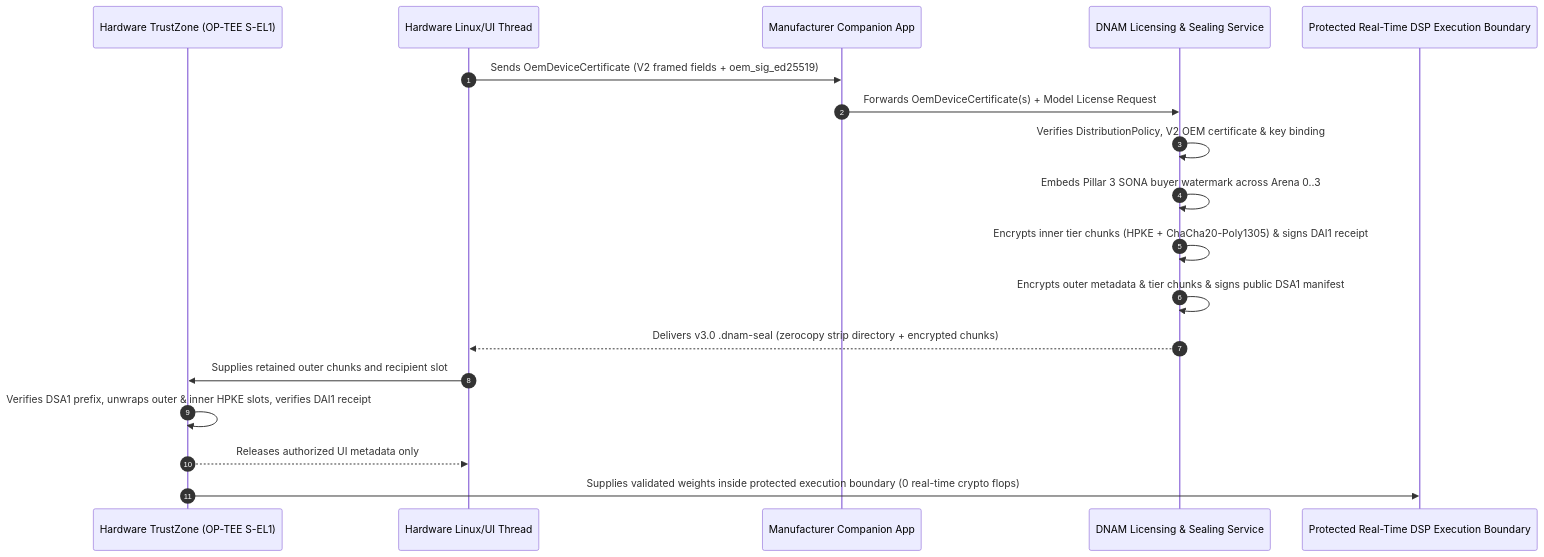
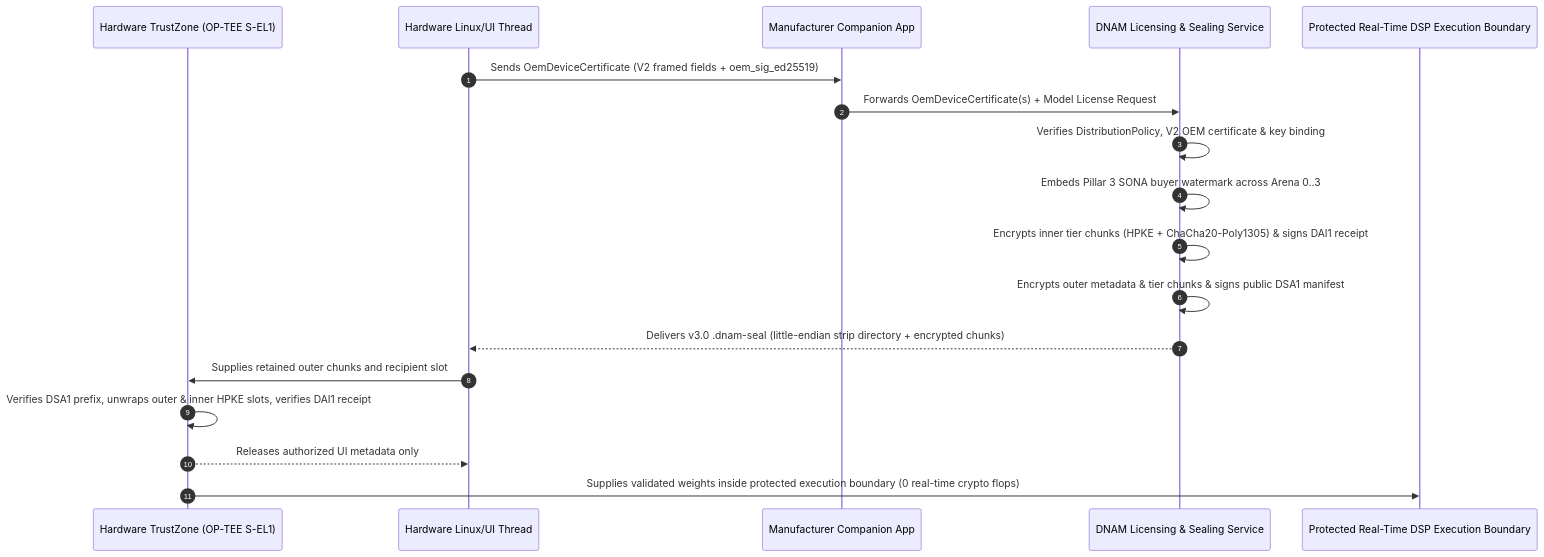
Before and after one commit to mokugen/dnam: the second of 2 diagrams in docs/specs/security/provenance_and_enclave_drm.md, drawn with Mermaid. The commit also changed other lines of this file and 198 other files, not shown here.

````diff
--- a/docs/specs/security/provenance_and_enclave_drm.md
+++ b/docs/specs/security/provenance_and_enclave_drm.md
@@ -248,21 +313,21 @@
 ```mermaid
 sequenceDiagram
     autonumber
     participant TZ as Hardware TrustZone (OP-TEE S-EL1)
     participant Host as Hardware Linux/UI Thread
     participant App as Manufacturer Companion App
     participant DNAM as DNAM Licensing & Sealing Service
     participant DSP as Protected Real-Time DSP Execution Boundary
 
     Host->>App: Sends OemDeviceCertificate (V2 framed fields + oem_sig_ed25519)
     App->>DNAM: Forwards OemDeviceCertificate(s) + Model License Request
     DNAM->>DNAM: Verifies DistributionPolicy, V2 OEM certificate & key binding
     DNAM->>DNAM: Embeds Pillar 3 SONA buyer watermark across Arena 0..3
     DNAM->>DNAM: Encrypts inner tier chunks (HPKE + ChaCha20-Poly1305) & signs DAI1 receipt
     DNAM->>DNAM: Encrypts outer metadata & tier chunks & signs public DSA1 manifest
-    DNAM-->>Host: Delivers v3.0 .dnam-seal (zerocopy strip directory + encrypted chunks)
+    DNAM-->>Host: Delivers v3.0 .dnam-seal (little-endian strip directory + encrypted chunks)
     Host->>TZ: Supplies retained outer chunks and recipient slot
     TZ->>TZ: Verifies DSA1 prefix, unwraps outer & inner HPKE slots, verifies DAI1 receipt
     TZ-->>Host: Releases authorized UI metadata only
     TZ->>DSP: Supplies validated weights inside protected execution boundary (0 real-time crypto flops)
 ```
````
